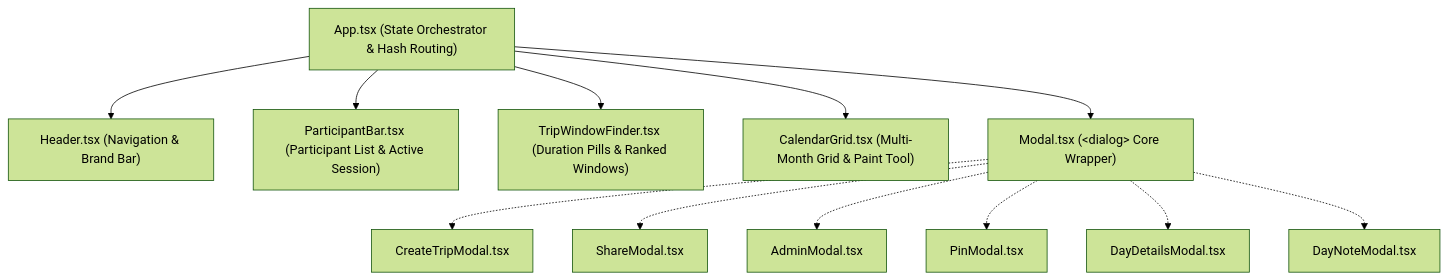
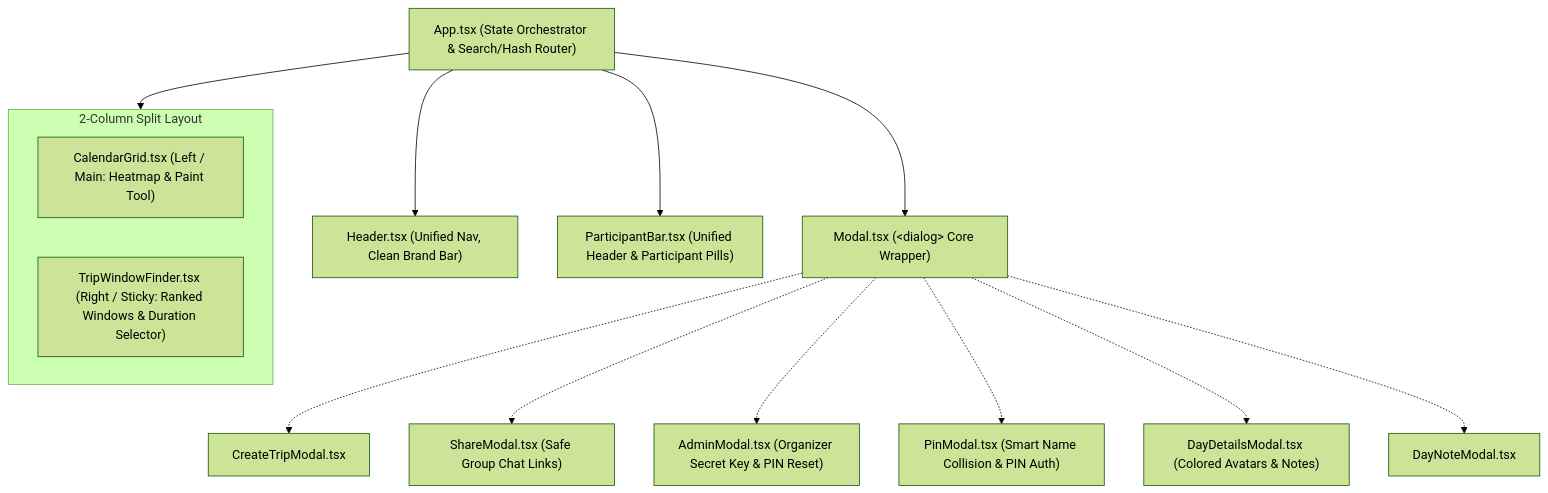
One commit to Seuguhfr/vacayfree changed the second of 2 diagrams in docs/TECHNICAL_DOCUMENTATION.md. Above: the diagram before and after it, drawn with Mermaid (forest theme). The commit also changed other lines of this file and 13 other files, not shown here.

Commit message:
Round 2 fixes: unified header, full-width duration pills, dark maybe badge, discrete KV deltas, salted PIN hashes & sanitized GET API

````diff
--- a/docs/TECHNICAL_DOCUMENTATION.md
+++ b/docs/TECHNICAL_DOCUMENTATION.md
@@ -182,16 +191,20 @@
 ```mermaid
 graph TD
-    App["App.tsx (State Orchestrator & Hash Routing)"]
-    App --> Header["Header.tsx (Navigation & Brand Bar)"]
-    App --> ParticipantBar["ParticipantBar.tsx (Participant List & Active Session)"]
-    App --> TripWindowFinder["TripWindowFinder.tsx (Duration Pills & Ranked Windows)"]
-    App --> CalendarGrid["CalendarGrid.tsx (Multi-Month Grid & Paint Tool)"]
+    App["App.tsx (State Orchestrator & Search/Hash Router)"]
+    App --> Header["Header.tsx (Unified Nav, Clean Brand Bar)"]
+    App --> ParticipantBar["ParticipantBar.tsx (Unified Header & Participant Pills)"]
+    
+    subgraph DesktopLayout["2-Column Split Layout"]
+        CalendarGrid["CalendarGrid.tsx (Left / Main: Heatmap & Paint Tool)"]
+        TripWindowFinder["TripWindowFinder.tsx (Right / Sticky: Ranked Windows & Duration Selector)"]
+    end
+    App --> DesktopLayout
     
     App --> Modal["Modal.tsx (&lt;dialog&gt; Core Wrapper)"]
     Modal -.-> CreateTripModal["CreateTripModal.tsx"]
-    Modal -.-> ShareModal["ShareModal.tsx"]
-    Modal -.-> AdminModal["AdminModal.tsx"]
-    Modal -.-> PinModal["PinModal.tsx"]
-    Modal -.-> DayDetailsModal["DayDetailsModal.tsx"]
+    Modal -.-> ShareModal["ShareModal.tsx (Safe Group Chat Links)"]
+    Modal -.-> AdminModal["AdminModal.tsx (Organizer Secret Key & PIN Reset)"]
+    Modal -.-> PinModal["PinModal.tsx (Smart Name Collision & PIN Auth)"]
+    Modal -.-> DayDetailsModal["DayDetailsModal.tsx (Colored Avatars & Notes)"]
     Modal -.-> DayNoteModal["DayNoteModal.tsx"]
 ```
````
